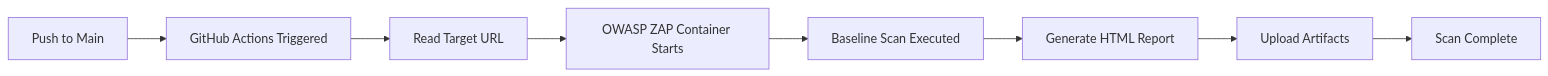
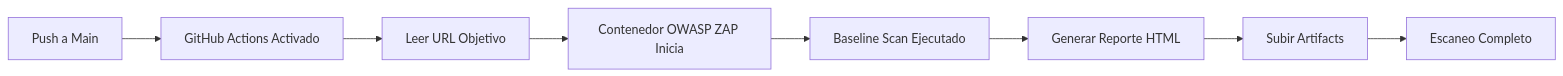
Before and after one commit to Jneira00001/test-DAST: the diagram in README.md, drawn with Mermaid. The commit also changed other lines of this file, not shown here.

````diff
--- a/README.md
+++ b/README.md
@@ -56,10 +56,10 @@
 ```mermaid
 graph LR
-    A[Push to Main] --> B[GitHub Actions Triggered]
-    B --> C[Read Target URL]
-    C --> D[OWASP ZAP Container Starts]
-    D --> E[Baseline Scan Executed]
-    E --> F[Generate HTML Report]
-    F --> G[Upload Artifacts]
-    G --> H[Scan Complete]
+    A[Push a Main] --> B[GitHub Actions Activado]
+    B --> C[Leer URL Objetivo]
+    C --> D[Contenedor OWASP ZAP Inicia]
+    D --> E[Baseline Scan Ejecutado]
+    E --> F[Generar Reporte HTML]
+    F --> G[Subir Artifacts]
+    G --> H[Escaneo Completo]
 ```
````
